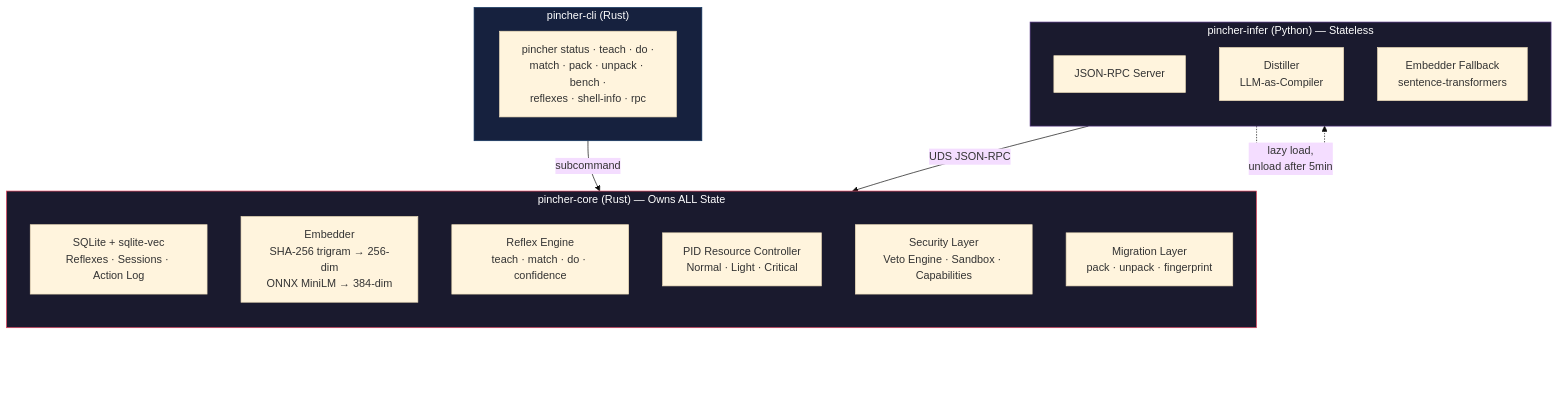
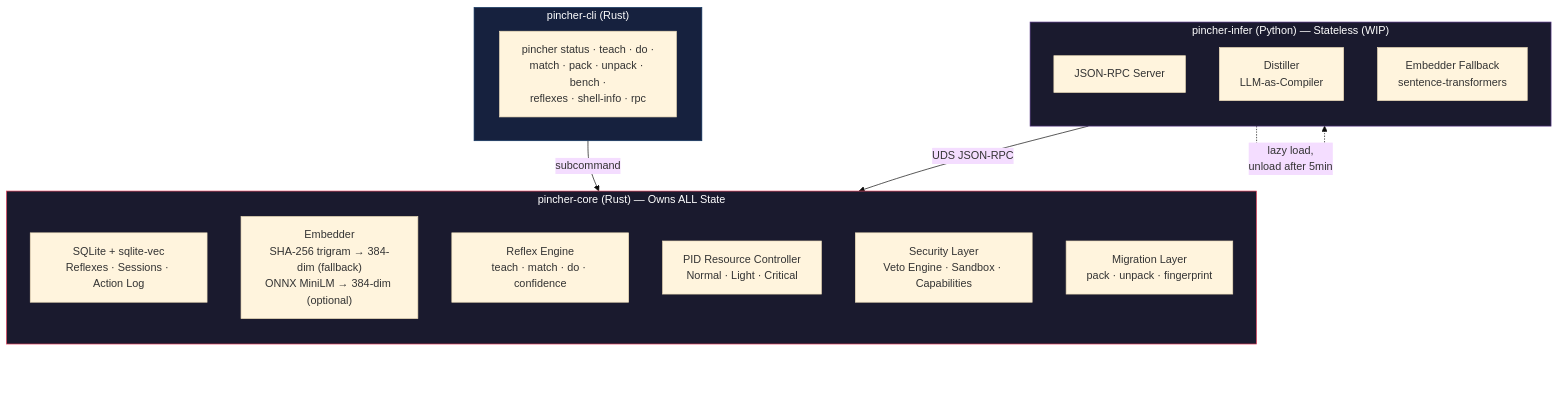
The sixth of 6 diagrams in README.md (purplepincher/pincher), drawn with Mermaid (base theme) before and after one commit. The commit also changed other lines of this file and 8 other files, not shown here.

First line of the commit message:
fix: remove deprecated duplicate architecture, align README with reality

````diff
--- a/README.md
+++ b/README.md
@@ -296,31 +296,31 @@
 ```mermaid
 flowchart TB
     subgraph Core["pincher-core (Rust) — Owns ALL State"]
         direction TB
         DB["SQLite + sqlite-vec<br/>Reflexes · Sessions · Action Log"]
-        EM["Embedder<br/>SHA-256 trigram → 256-dim<br/>ONNX MiniLM → 384-dim"]
+        EM["Embedder<br/>SHA-256 trigram → 384-dim (fallback)<br/>ONNX MiniLM → 384-dim (optional)"]
         RE["Reflex Engine<br/>teach · match · do · confidence"]
         RC["PID Resource Controller<br/>Normal · Light · Critical"]
         SE["Security Layer<br/>Veto Engine · Sandbox · Capabilities"]
         MG["Migration Layer<br/>pack · unpack · fingerprint"]
     end
 
     subgraph CLI["pincher-cli (Rust)"]
         CL["pincher status · teach · do ·<br/>match · pack · unpack · bench ·<br/>reflexes · shell-info · rpc"]
     end
 
-    subgraph Infer["pincher-infer (Python) — Stateless"]
+    subgraph Infer["pincher-infer (Python) — Stateless (WIP)"]
         direction TB
         PY["JSON-RPC Server"]
         DI["Distiller<br/>LLM-as-Compiler"]
         EMB["Embedder Fallback<br/>sentence-transformers"]
     end
 
     CLI -->|"subcommand"| Core
     Infer -->|"UDS JSON-RPC"| Core
     Infer -.->|"lazy load,<br/>unload after 5min"| Infer
 
     style Core fill:#1a1a2e,stroke:#e94560,color:#fff
     style CLI fill:#16213e,stroke:#0f3460,color:#fff
     style Infer fill:#1a1a2e,stroke:#533483,color:#fff
 ```
````
